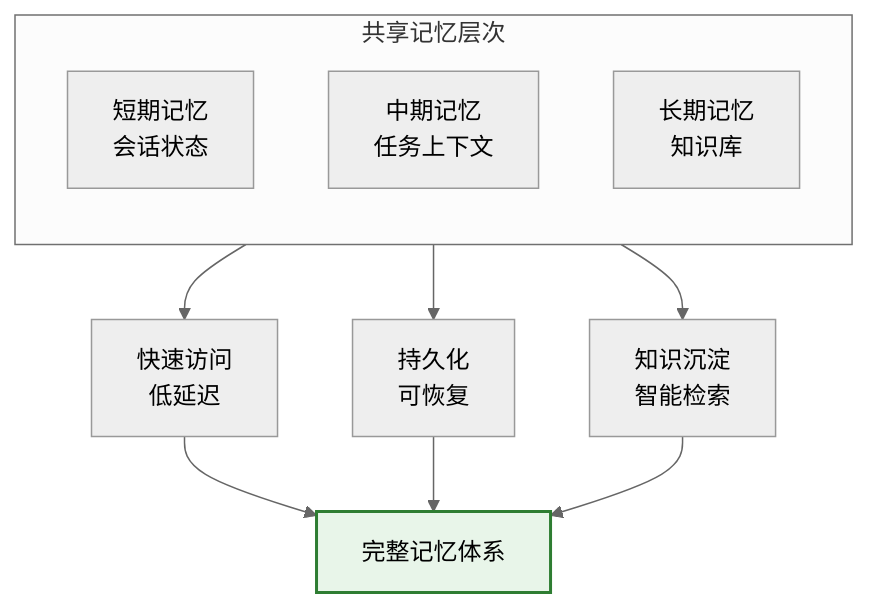
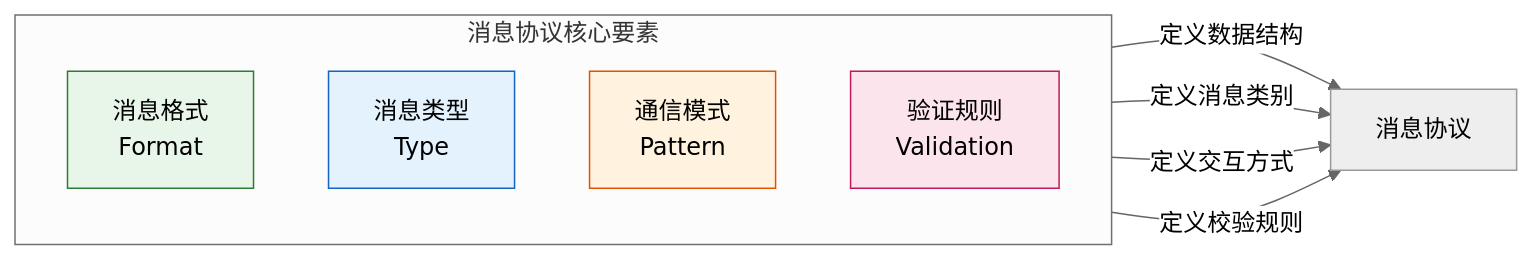
Before and after one commit to mansteinr/note-book: the seventh of 12 diagrams in agent/多Agent系统四大架构基石详解.md, drawn with Mermaid. The commit also changed other lines of this file and 2 other files, not shown here.

````diff
--- a/agent/多Agent系统四大架构基石详解.md
+++ b/agent/多Agent系统四大架构基石详解.md
@@ -2051,20 +1239,21 @@
 ```mermaid
 %%{init: {'theme': 'neutral'}}%%
-flowchart TB
-    subgraph 共享记忆层次
+flowchart LR
+    subgraph 消息协议核心要素
         direction TB
-        L1[短期记忆<br/>会话状态]
-        L2[中期记忆<br/>任务上下文]
-        L3[长期记忆<br/>知识库]
+        F[消息格式<br/>Format]
+        T[消息类型<br/>Type]
+        P[通信模式<br/>Pattern]
+        V[验证规则<br/>Validation]
     end
-    
-    L1 --> F1[快速访问<br/>低延迟]
-    L2 --> F2[持久化<br/>可恢复]
-    L3 --> F3[知识沉淀<br/>智能检索]
-    
-    F1 --> V[完整记忆体系]
-    F2 --> V
-    F3 --> V
-    
-    style V fill:#e8f5e9,stroke:#2e7d32,stroke-width:2px
+
+    F -->|定义数据结构| M[消息协议]
+    T -->|定义消息类别| M
+    P -->|定义交互方式| M
+    V -->|定义校验规则| M
+
+    style F fill:#e8f5e9,stroke:#2e7d32
+    style T fill:#e3f2fd,stroke:#1565c0
+    style P fill:#fff3e0,stroke:#e65100
+    style V fill:#fce4ec,stroke:#c2185b
 ```
````
